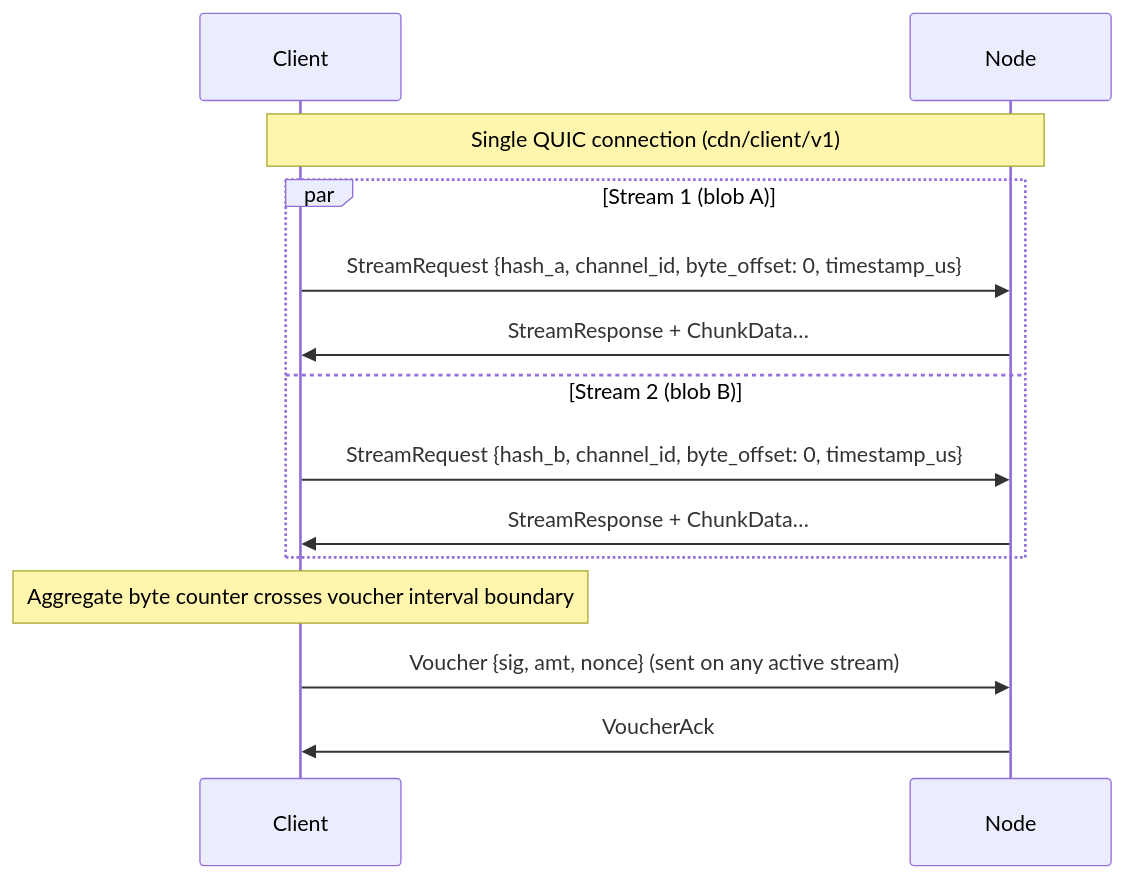
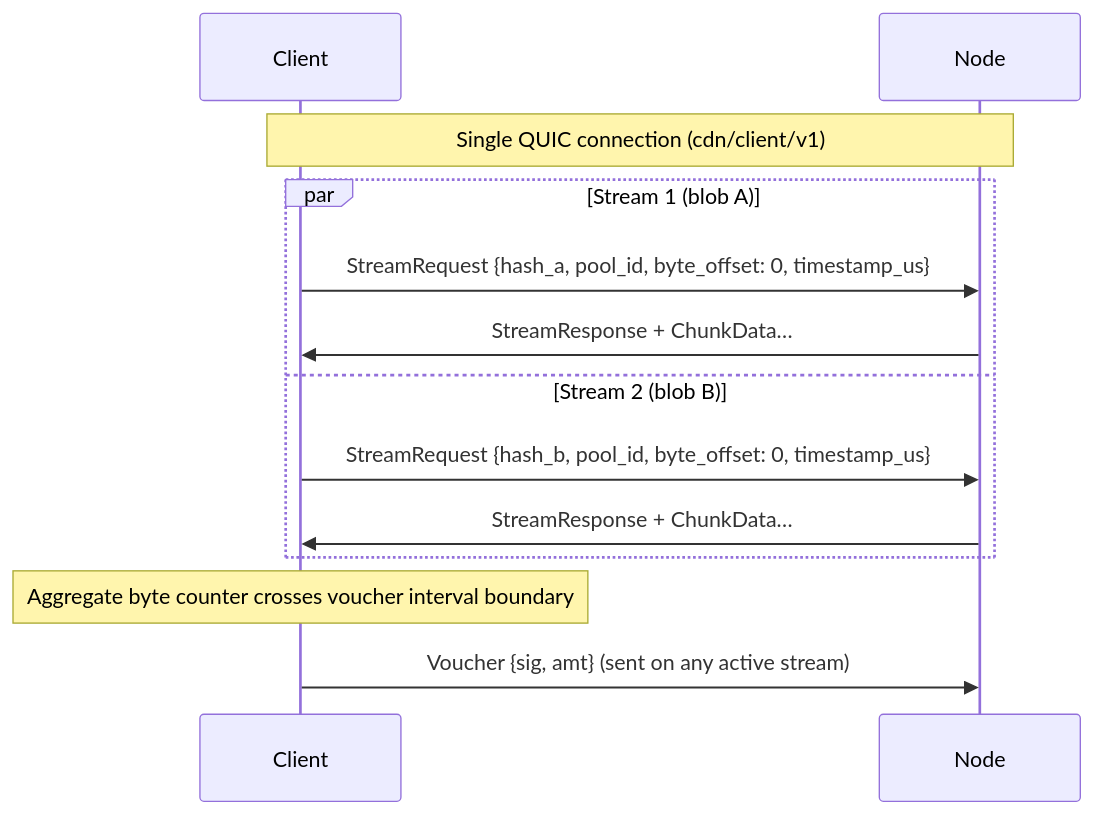
One commit to decdn/decdn changed the third of 3 diagrams in adr/005-protocol.md. Above: the diagram before and after it, drawn with Mermaid. The commit also changed other lines of this file and 29 other files, not shown here.

````diff
--- a/adr/005-protocol.md
+++ b/adr/005-protocol.md
@@ -229,19 +226,18 @@
 ```mermaid
 sequenceDiagram
     participant C as Client
     participant N as Node
 
     Note over C,N: Single QUIC connection (cdn/client/v1)
 
     par Stream 1 (blob A)
-        C->>N: StreamRequest {hash_a, channel_id, byte_offset: 0, timestamp_us}
+        C->>N: StreamRequest {hash_a, pool_id, byte_offset: 0, timestamp_us}
         N->>C: StreamResponse + ChunkData…
     and Stream 2 (blob B)
-        C->>N: StreamRequest {hash_b, channel_id, byte_offset: 0, timestamp_us}
+        C->>N: StreamRequest {hash_b, pool_id, byte_offset: 0, timestamp_us}
         N->>C: StreamResponse + ChunkData…
     end
 
     Note over C: Aggregate byte counter crosses voucher interval boundary
-    C->>N: Voucher {sig, amt, nonce} (sent on any active stream)
-    N->>C: VoucherAck
+    C->>N: Voucher {sig, amt} (sent on any active stream)
 ```
````
